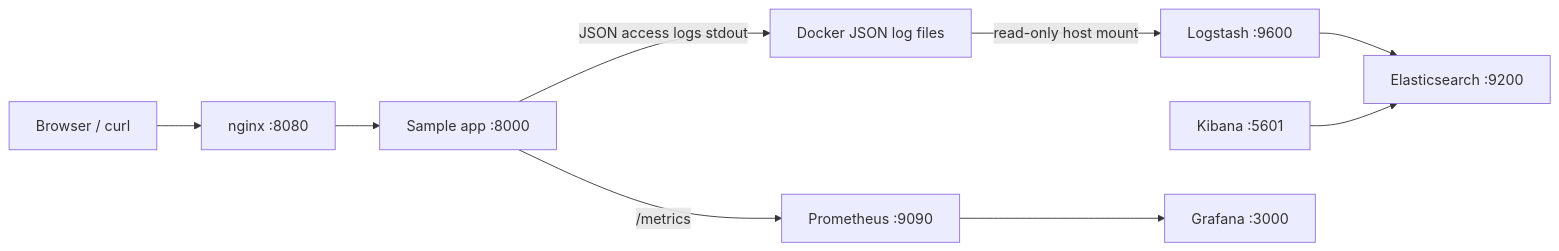
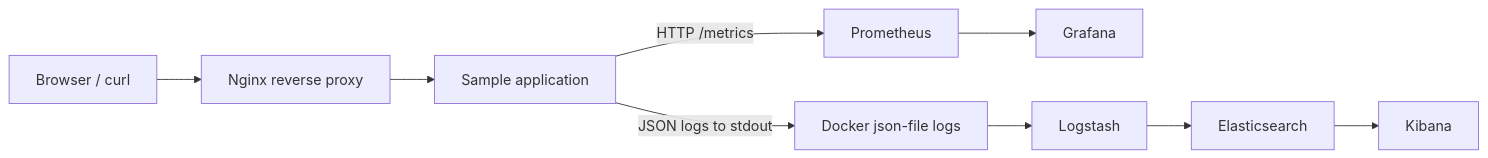
The diagram in README.md (Manoj-Tiwari8394/DevOps-L2-Assignment), drawn with Mermaid before and after one commit. The commit also changed other lines of this file and 4 other files, not shown here.

````diff
--- a/README.md
+++ b/README.md
@@ -9,11 +14,11 @@
 ```mermaid
 flowchart LR
-  U[Browser / curl] --> N[nginx :8080]
-  N --> A[Sample app :8000]
-  A -->|JSON access logs stdout| D[Docker JSON log files]
-  D -->|read-only host mount| L[Logstash :9600]
-  L --> E[Elasticsearch :9200]
-  K[Kibana :5601] --> E
-  A -->|/metrics| P[Prometheus :9090]
-  P --> G[Grafana :3000]
+    C[Browser / curl] --> N[Nginx reverse proxy]
+    N --> A[Sample application]
+    A -->|HTTP /metrics| P[Prometheus]
+    P --> G[Grafana]
+    A -->|JSON logs to stdout| D[Docker json-file logs]
+    D --> L[Logstash]
+    L --> E[Elasticsearch]
+    E --> K[Kibana]
 ```
````
